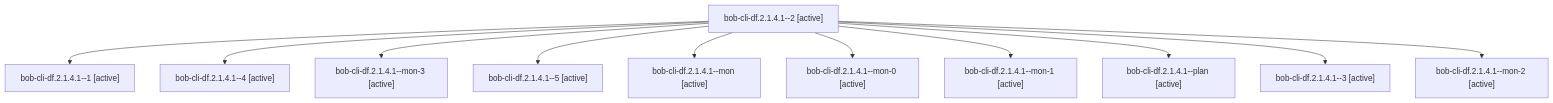
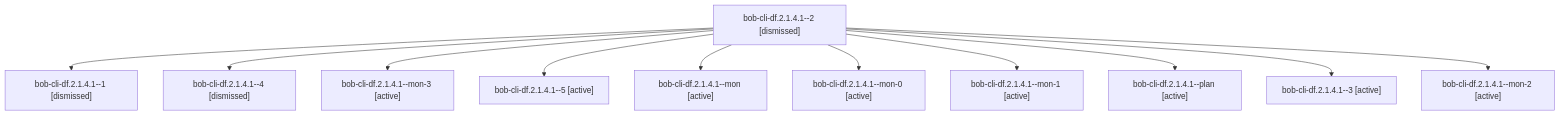
The diagram in sessions/bbugyi200.athena.bob-cli-df.2.1.4.1.md (bobs-org/bob-cli--agents), drawn with Mermaid before and after one commit. The commit also changed other lines of this file and 117 other files, not shown here.

````diff
--- a/sessions/bbugyi200.athena.bob-cli-df.2.1.4.1.md
+++ b/sessions/bbugyi200.athena.bob-cli-df.2.1.4.1.md
@@ -9,24 +9,24 @@
 ```mermaid
 flowchart TD
-  n0["bob-cli-df.2.1.4.1--2 [active]"]
-  n1["bob-cli-df.2.1.4.1--1 [active]"]
+  n0["bob-cli-df.2.1.4.1--2 [dismissed]"]
+  n1["bob-cli-df.2.1.4.1--1 [dismissed]"]
   n0 --> n1
-  n2["bob-cli-df.2.1.4.1--4 [active]"]
+  n2["bob-cli-df.2.1.4.1--4 [dismissed]"]
   n0 --> n2
   n3["bob-cli-df.2.1.4.1--mon-3 [active]"]
   n0 --> n3
   n4["bob-cli-df.2.1.4.1--5 [active]"]
   n0 --> n4
   n5["bob-cli-df.2.1.4.1--mon [active]"]
   n0 --> n5
   n6["bob-cli-df.2.1.4.1--mon-0 [active]"]
   n0 --> n6
   n7["bob-cli-df.2.1.4.1--mon-1 [active]"]
   n0 --> n7
   n8["bob-cli-df.2.1.4.1--plan [active]"]
   n0 --> n8
   n9["bob-cli-df.2.1.4.1--3 [active]"]
   n0 --> n9
   n10["bob-cli-df.2.1.4.1--mon-2 [active]"]
   n0 --> n10
 ```
````
